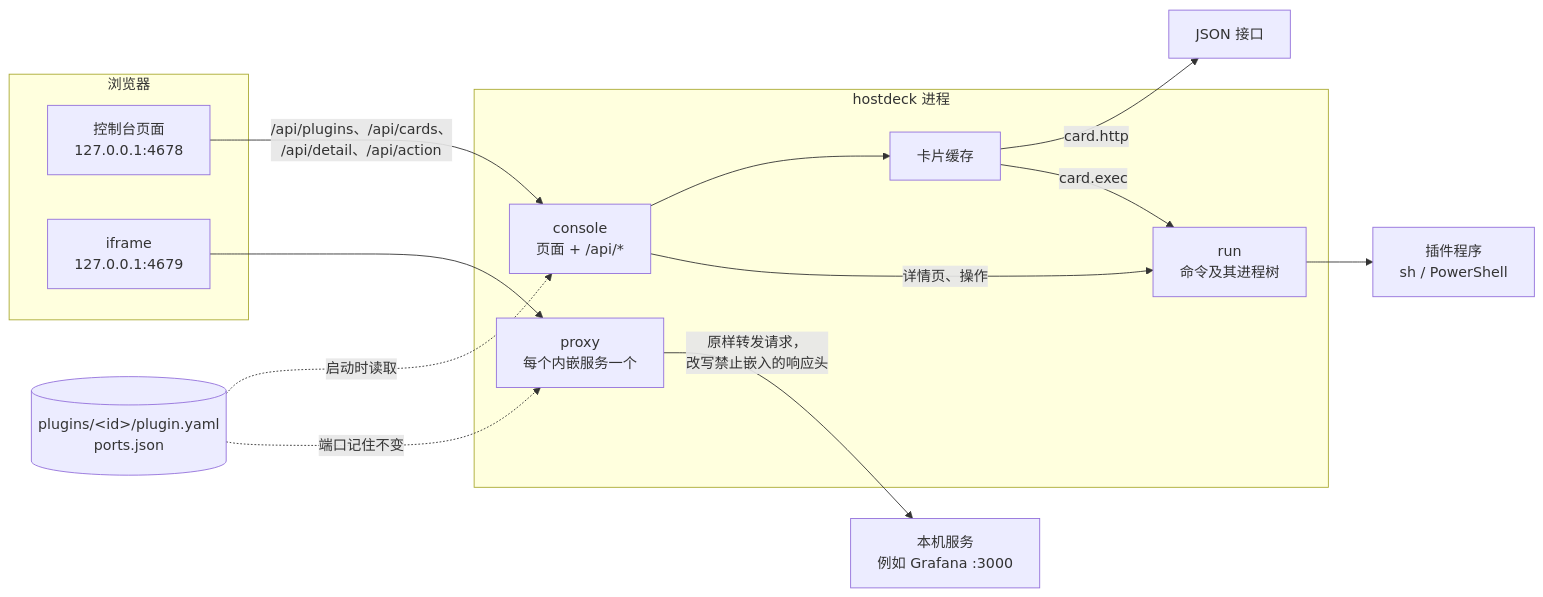
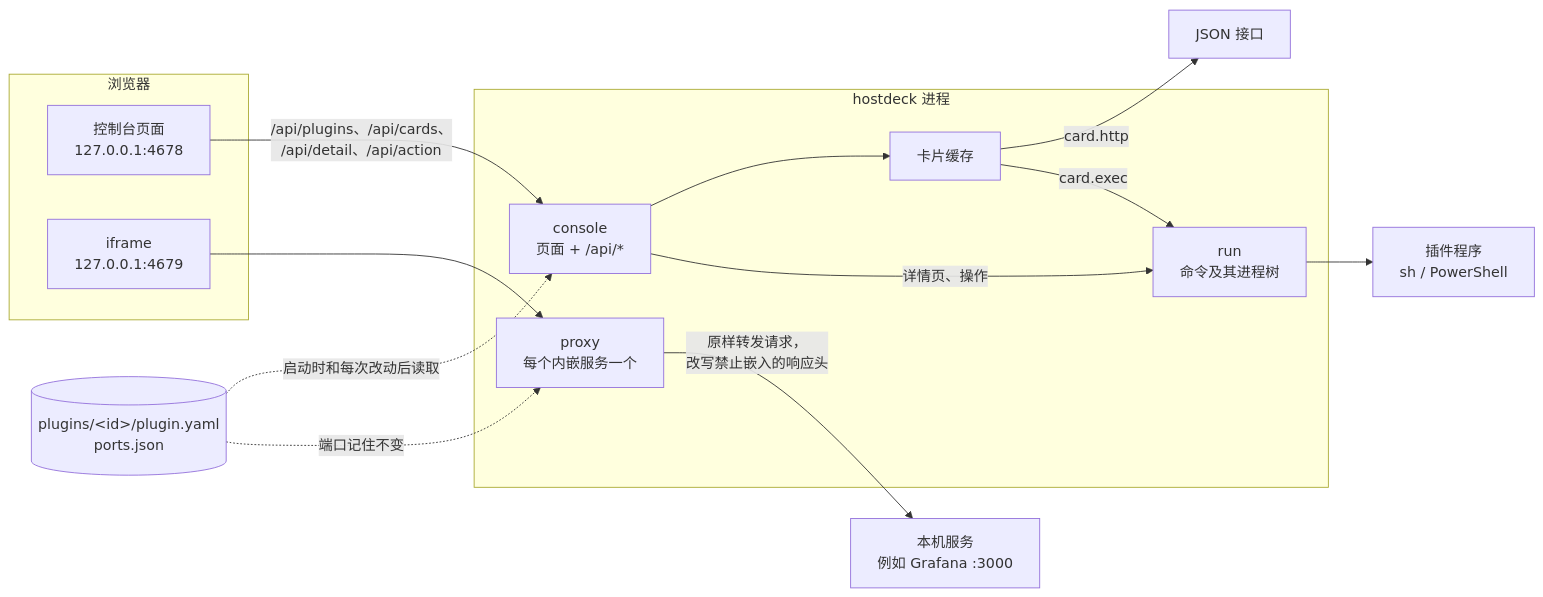
One commit to Ike-li/hostdeck changed the diagram in docs/ARCHITECTURE.zh-CN.md. Above: the diagram before and after it, drawn with Mermaid. The commit also changed other lines of this file and 11 other files, not shown here.

````diff
--- a/docs/ARCHITECTURE.zh-CN.md
+++ b/docs/ARCHITECTURE.zh-CN.md
@@ -9,27 +9,27 @@
 ```mermaid
 flowchart LR
   subgraph browser["浏览器"]
     page["控制台页面<br/>127.0.0.1:4678"]
     frame["iframe<br/>127.0.0.1:4679"]
   end
 
   subgraph hostdeck["hostdeck 进程"]
     console["console<br/>页面 + /api/*"]
     cache["卡片缓存"]
     proxy["proxy<br/>每个内嵌服务一个"]
     run["run<br/>命令及其进程树"]
   end
 
   svc["本机服务<br/>例如 Grafana :3000"]
   json["JSON 接口"]
   cmd["插件程序<br/>sh / PowerShell"]
   folder[("plugins/&lt;id&gt;/plugin.yaml<br/>ports.json")]
 
   page -->|"/api/plugins、/api/cards、<br/>/api/detail、/api/action"| console
   frame --> proxy -->|"原样转发请求，<br/>改写禁止嵌入的响应头"| svc
   console --> cache -->|"card.http"| json
   cache -->|"card.exec"| run
   console -->|"详情页、操作"| run --> cmd
-  folder -. "启动时读取" .-> console
+  folder -. "启动时和每次改动后读取" .-> console
   folder -. "端口记住不变" .-> proxy
 ```
````
